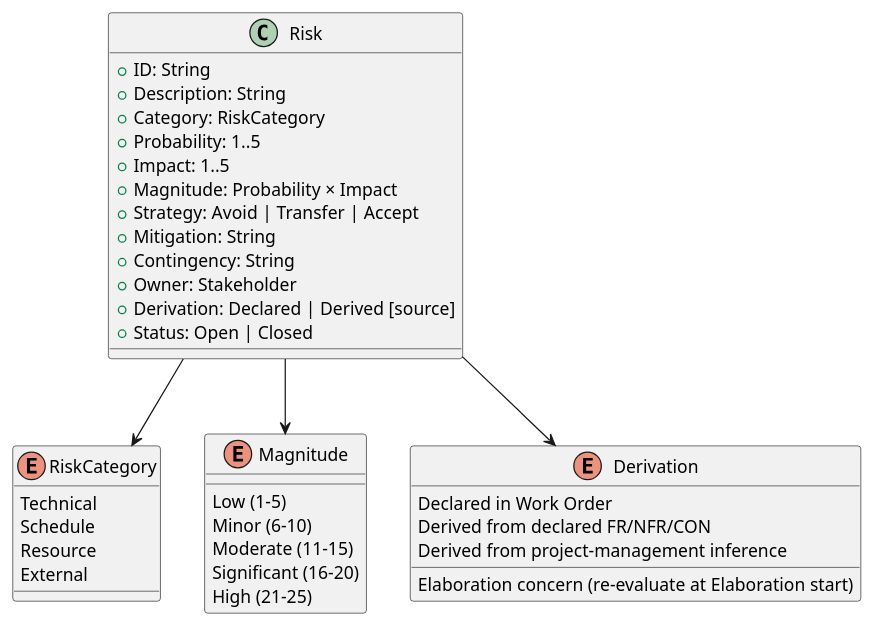
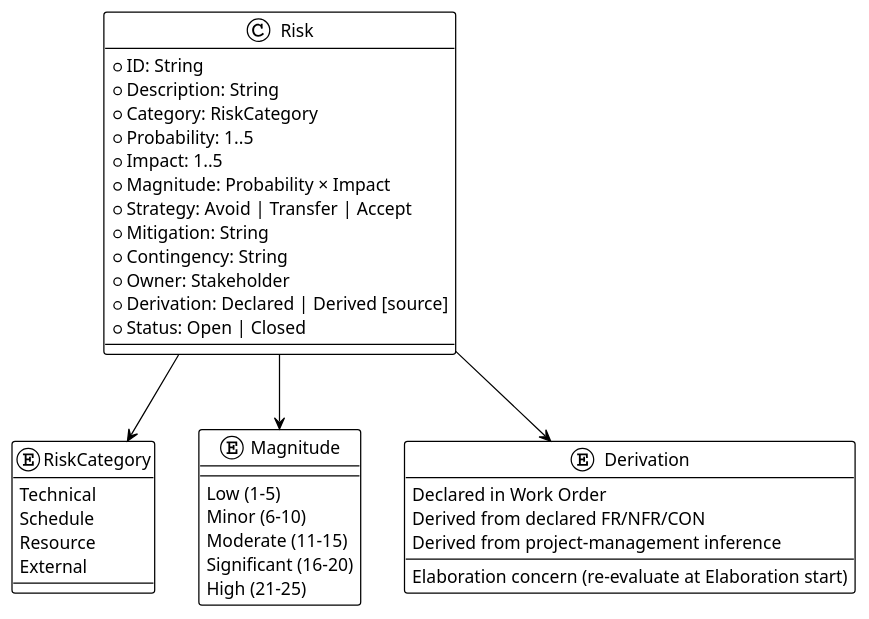
The first of 2 diagrams in docs/artifacts/project-management/risk-list.md (banense-test/portal), drawn with PlantUML before and after one commit. The commit also changed other lines of this file, not shown here.

````diff
--- a/docs/artifacts/project-management/risk-list.md
+++ b/docs/artifacts/project-management/risk-list.md
@@ -13,44 +13,45 @@
 ```plantuml
 @startuml Risk_Classification_Structure
+!theme plain
 class "Risk" as RISK {
   + ID: String
   + Description: String
   + Category: RiskCategory
   + Probability: 1..5
   + Impact: 1..5
   + Magnitude: Probability × Impact
   + Strategy: Avoid | Transfer | Accept
   + Mitigation: String
   + Contingency: String
   + Owner: Stakeholder
   + Derivation: Declared | Derived [source]
   + Status: Open | Closed
 }
 
 enum "RiskCategory" as CAT {
   Technical
   Schedule
   Resource
   External
 }
 
 enum "Magnitude" as MAG {
   Low (1-5)
   Minor (6-10)
   Moderate (11-15)
   Significant (16-20)
   High (21-25)
 }
 
 enum "Derivation" as DER {
   Declared in Work Order
   Derived from declared FR/NFR/CON
   Derived from project-management inference
   Elaboration concern (re-evaluate at Elaboration start)
 }
 
 RISK --> CAT
 RISK --> MAG
 RISK --> DER
 @enduml
 ```
````
